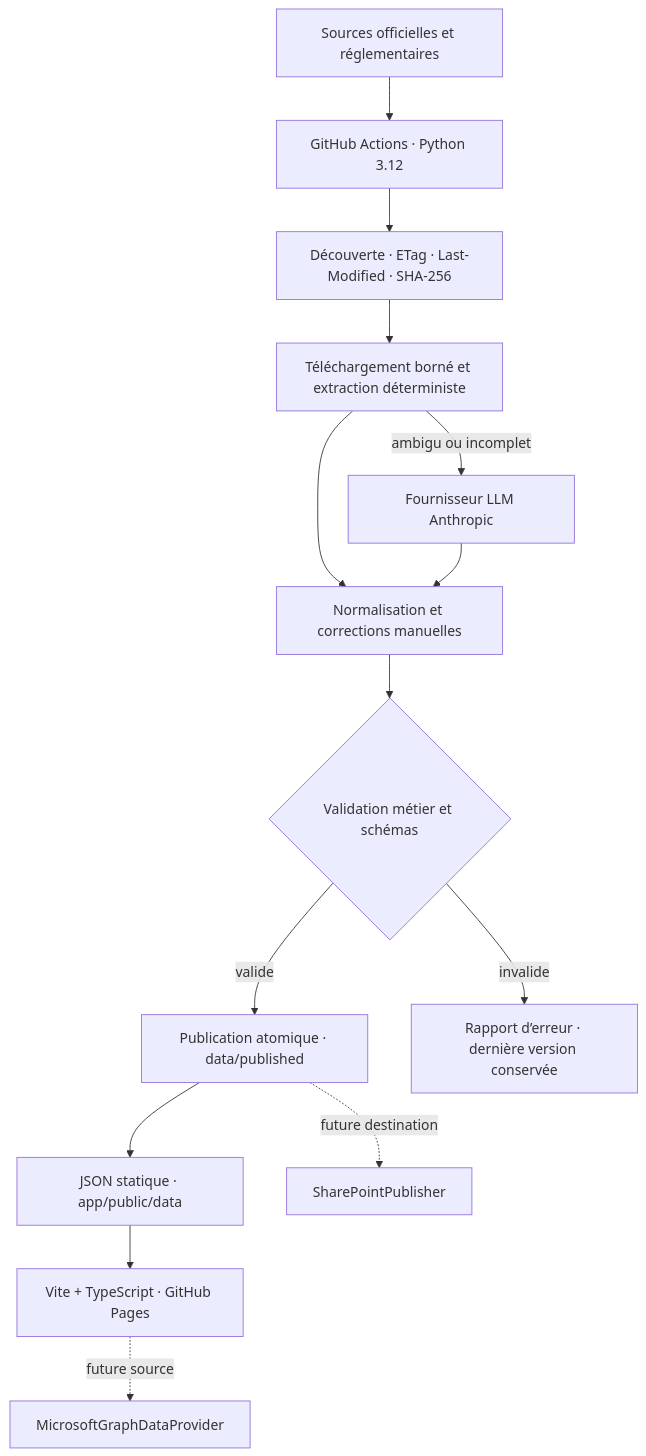
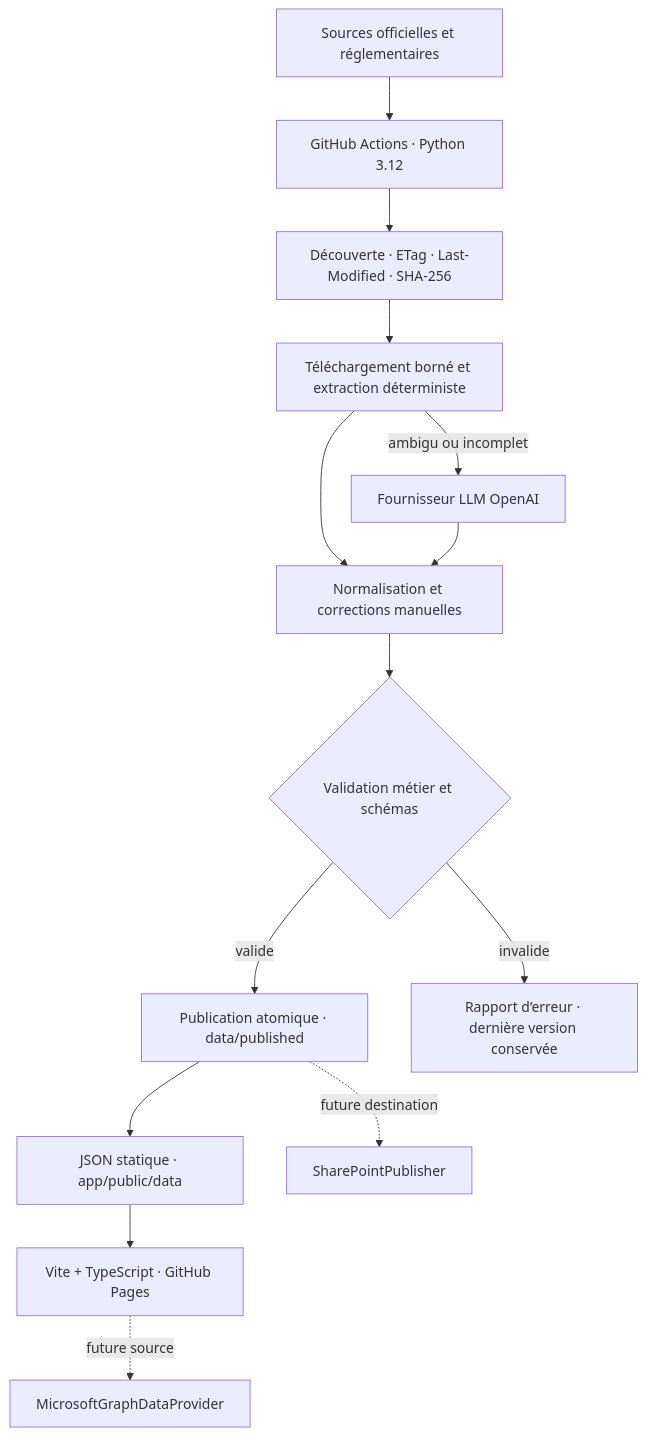
Before and after one commit to jeplante/vigie_industrie: the diagram in ARCHITECTURE.md, drawn with Mermaid. The commit also changed other lines of this file and 27 other files, not shown here.

Commit message:
feat: migrate pipeline LLM to OpenAI

````diff
--- a/ARCHITECTURE.md
+++ b/ARCHITECTURE.md
@@ -5,16 +5,16 @@
 ```mermaid
 flowchart TD
     A["Sources officielles et réglementaires"] --> B["GitHub Actions · Python 3.12"]
     B --> C["Découverte · ETag · Last-Modified · SHA-256"]
     C --> D["Téléchargement borné et extraction déterministe"]
-    D -->|"ambigu ou incomplet"| E["Fournisseur LLM Anthropic"]
+    D -->|"ambigu ou incomplet"| E["Fournisseur LLM OpenAI"]
     D --> F["Normalisation et corrections manuelles"]
     E --> F
     F --> G{"Validation métier et schémas"}
     G -->|"valide"| H["Publication atomique · data/published"]
     G -->|"invalide"| I["Rapport d’erreur · dernière version conservée"]
     H --> J["JSON statique · app/public/data"]
     J --> K["Vite + TypeScript · GitHub Pages"]
     K -. "future source" .-> L["MicrosoftGraphDataProvider"]
     H -. "future destination" .-> M["SharePointPublisher"]
 ```
````
